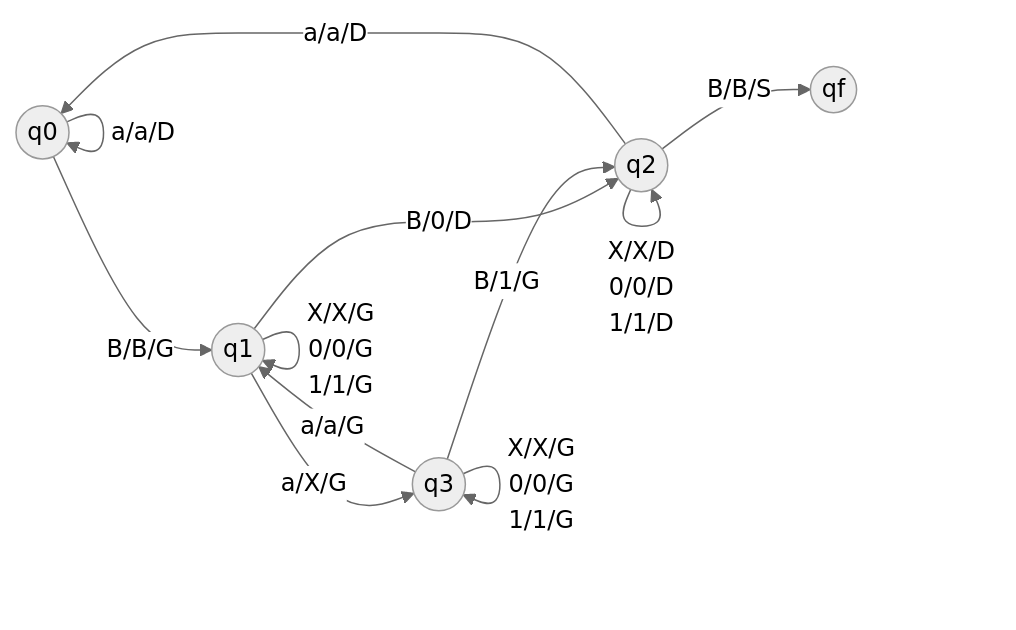
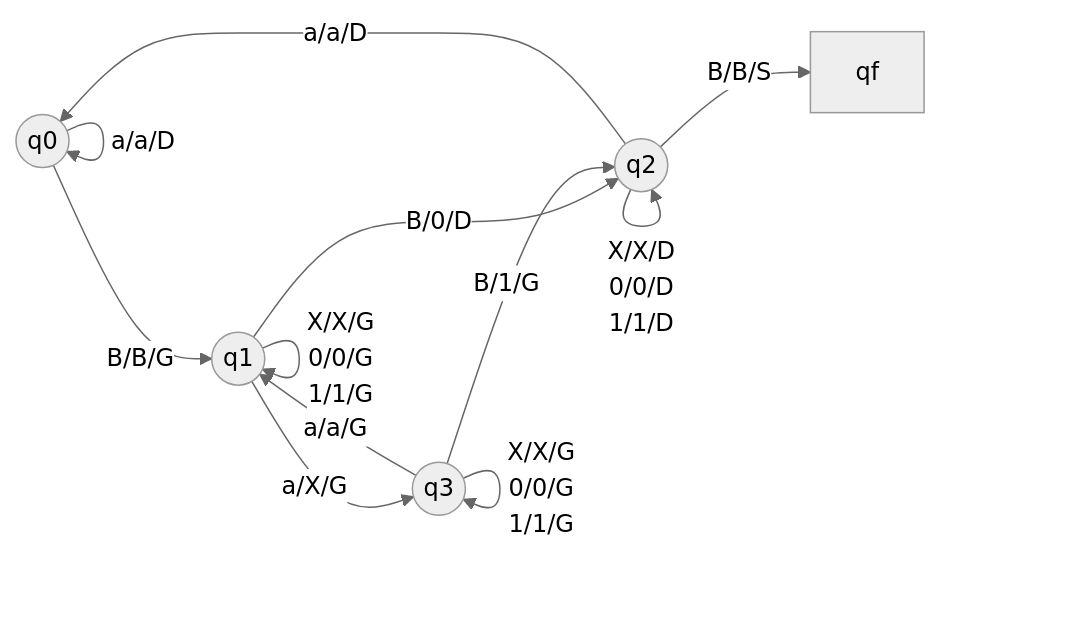
The fifth of 8 diagrams in TDs/TD2/TD2.md (FlorianLatapie/PNS-SI4-S7_Algorithmique), drawn with Mermaid (neutral theme) before and after one commit. The commit also changed other lines of this file, not shown here.

````diff
--- a/TDs/TD2/TD2.md
+++ b/TDs/TD2/TD2.md
@@ -103,14 +104,14 @@
 ```mermaid
 graph LR
-    q0((q0)) --> | a/a/D | q0((q0))
-    q0((q0)) --> | B/B/G | q1((q1))
-    q1((q1)) --> | X/X/G<br/>0/0/G<br/>1/1/G | q1((q1))
-    q1((q1)) --> | B/0/D | q2((q2))
-    q1((q1)) --> | a/X/G | q3((q3))
-    q2((q2)) --> | X/X/D<br/>0/0/D<br/>1/1/D | q2((q2))
-    q2((q2)) --> | B/B/S | qf((qf))
-    q2((q2)) --> | a/a/D | q0((q0))
-    q3((q3)) --> | X/X/G<br/>0/0/G<br/>1/1/G | q3((q3))
-    q3((q3)) --> | a/a/G | q1((q1))
-    q3((q3)) --> | B/1/G | q2((q2))
+    q0((q0)) --> | a/a/D | q0
+    q0((q0)) --> | B/B/G | q1
+    q1((q1)) --> | X/X/G<br/>0/0/G<br/>1/1/G | q1
+    q1((q1)) --> | B/0/D | q2
+    q1((q1)) --> | a/X/G | q3
+    q2((q2)) --> | X/X/D<br/>0/0/D<br/>1/1/D | q2
+    q2((q2)) --> | B/B/S | qf
+    q2((q2)) --> | a/a/D | q0
+    q3((q3)) --> | X/X/G<br/>0/0/G<br/>1/1/G | q3
+    q3((q3)) --> | a/a/G | q1
+    q3((q3)) --> | B/1/G | q2
 ```
````
